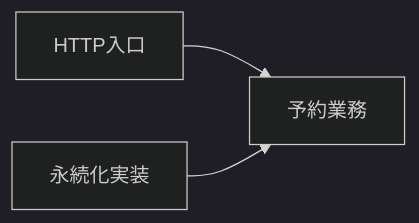
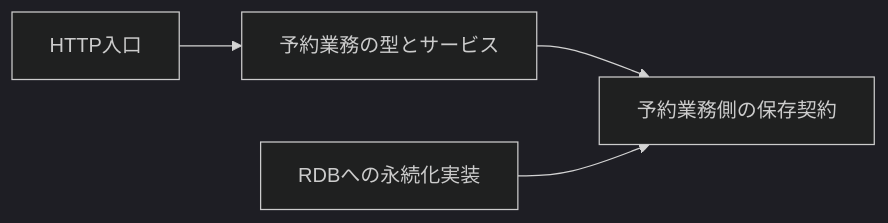
The diagram in plugins/skills/authoring/content-types/assets/examples/code-map.example.md (nakamori-naoya/write-doc-plugins), drawn with Mermaid (dark theme) before and after one commit. The commit also changed other lines of this file and 41 other files, not shown here.

````diff
--- a/plugins/skills/authoring/content-types/assets/examples/code-map.example.md
+++ b/plugins/skills/authoring/content-types/assets/examples/code-map.example.md
@@ -29,5 +31,6 @@
 ```mermaid
 flowchart LR
-    H[HTTP入口] --> D[予約業務]
-    P[永続化実装] --> D
+    H[HTTP入口] --> D[予約業務の型とサービス]
+    D --> I[予約業務側の保存契約]
+    P[RDBへの永続化実装] --> I
 ```
````
